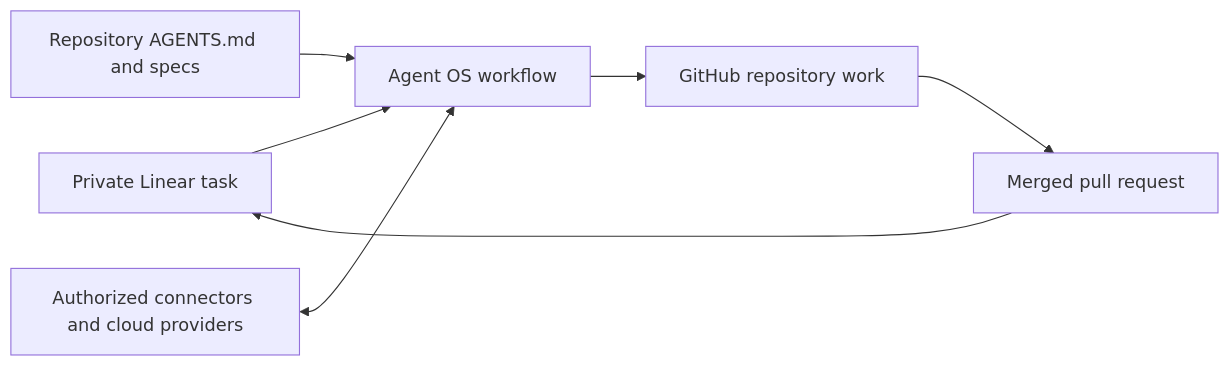
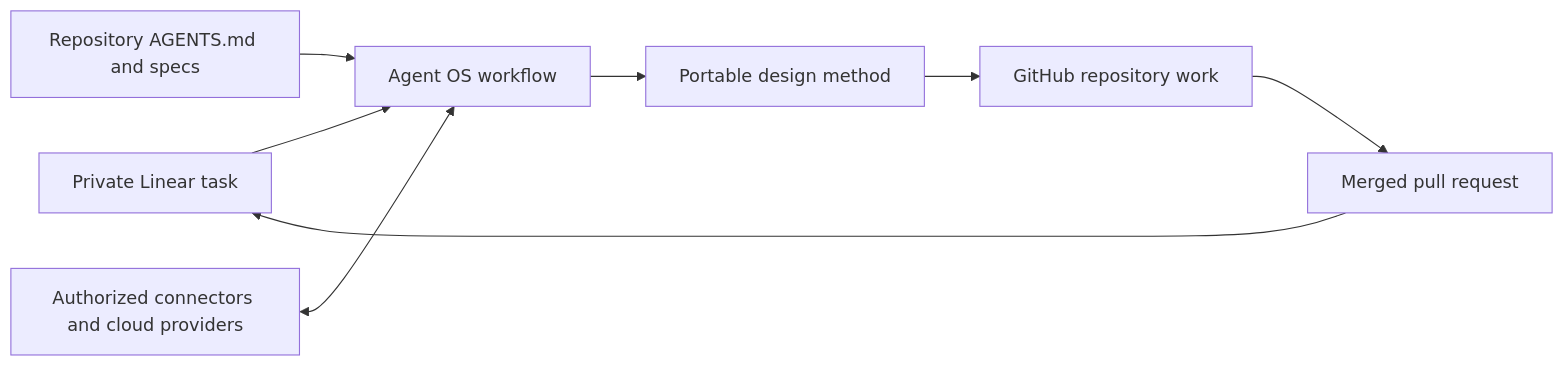
One commit to R1cK-ChaN/agent-os changed the diagram in docs/architecture.md. Above: the diagram before and after it, drawn with Mermaid. The commit also changed other lines of this file and 12 other files, not shown here.

````diff
--- a/docs/architecture.md
+++ b/docs/architecture.md
@@ -16,9 +16,10 @@
 ```mermaid
 flowchart LR
     L[Private Linear task] --> O[Agent OS workflow]
-    O --> G[GitHub repository work]
+    O --> D[Portable design method]
+    D --> G[GitHub repository work]
     G --> P[Merged pull request]
     P --> L
     R[Repository AGENTS.md and specs] --> O
     C[Authorized connectors and cloud providers] <--> O
 ```
````
